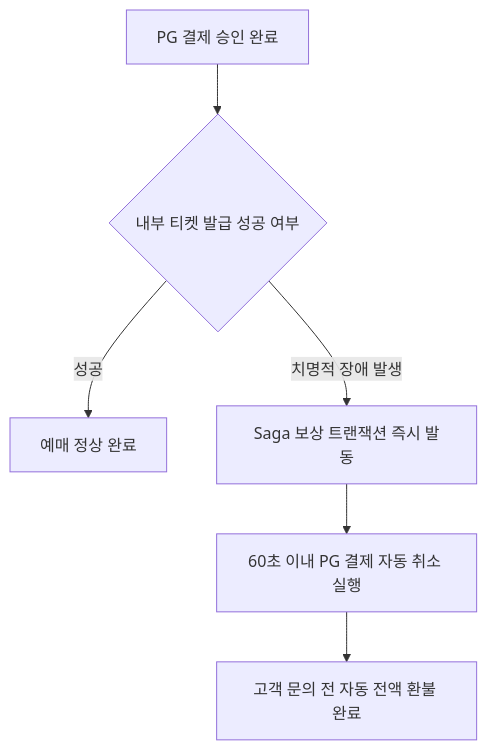
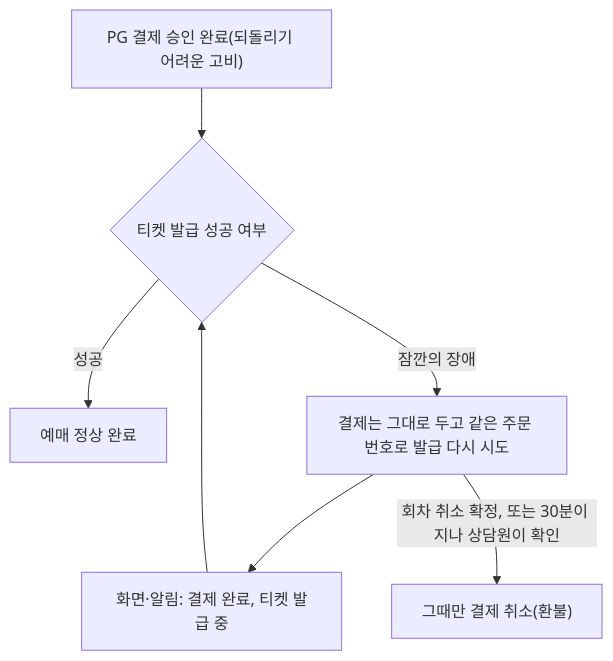
Before and after one commit to peaket/peaket: the third of 3 diagrams in guide/05-payment.md, drawn with Mermaid. The commit also changed other lines of this file and 228 other files, not shown here.

````diff
--- a/guide/05-payment.md
+++ b/guide/05-payment.md
@@ -101,8 +101,9 @@
 ```mermaid
 flowchart TD
-    A["PG 결제 승인 완료"] --> B{"내부 티켓 발급 성공 여부"}
+    A["PG 결제 승인 완료(되돌리기 어려운 고비)"] --> B{"티켓 발급 성공 여부"}
     B -- 성공 --> C["예매 정상 완료"]
-    B -- 치명적 장애 발생 --> D["Saga 보상 트랜잭션 즉시 발동"]
-    D --> E["60초 이내 PG 결제 자동 취소 실행"]
-    E --> F["고객 문의 전 자동 전액 환불 완료"]
+    B -- 잠깐의 장애 --> D["결제는 그대로 두고 같은 주문 번호로 발급 다시 시도"]
+    D --> E["화면·알림: 결제 완료, 티켓 발급 중"]
+    E --> B
+    D -- 회차 취소 확정, 또는 30분이 지나 상담원이 확인 --> F["그때만 결제 취소(환불)"]
 ```
````
